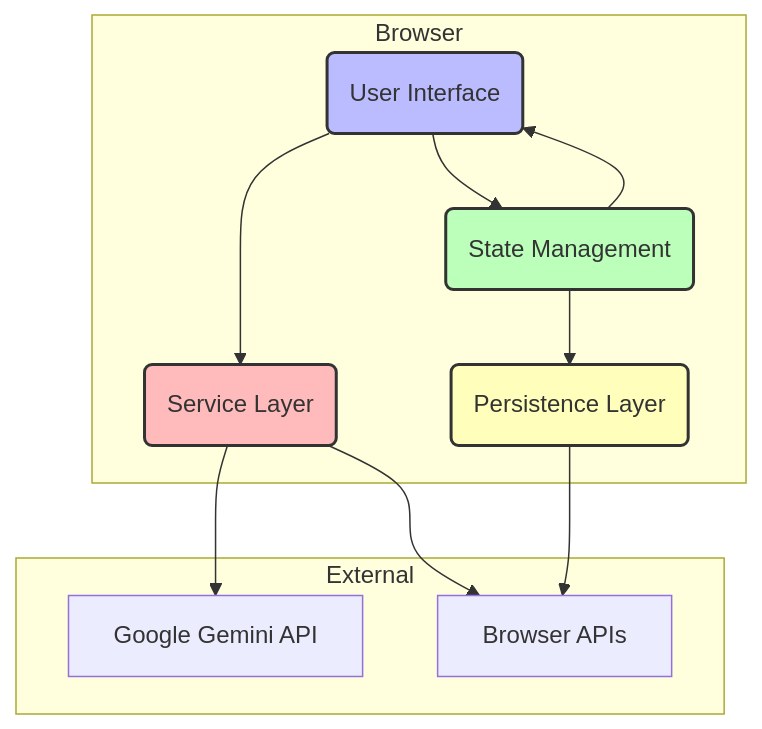
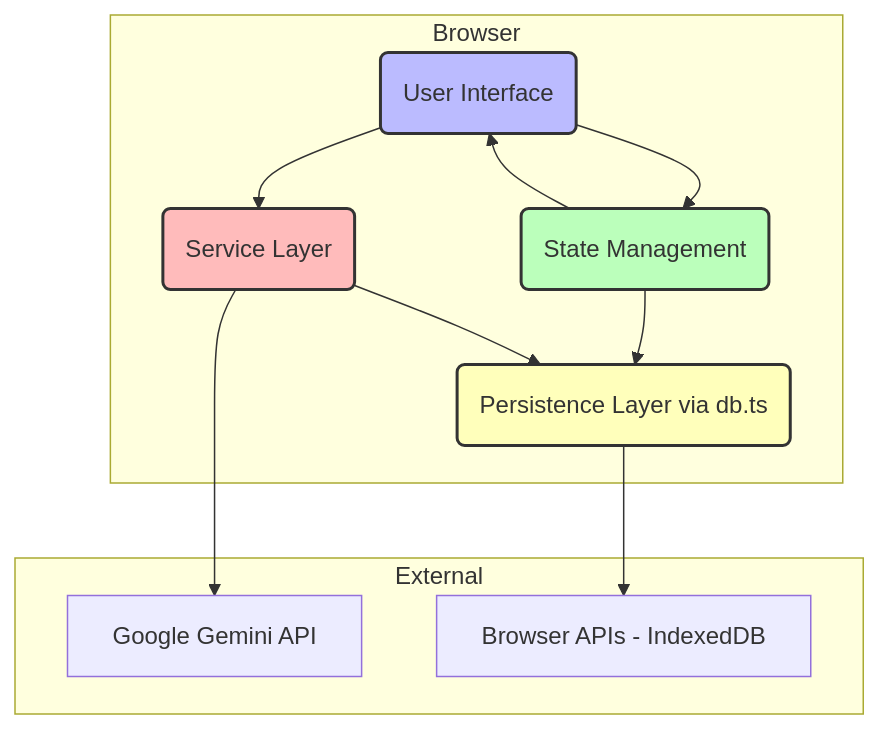
Before and after one commit to schmidtseb/japanese-reader: the first of 4 diagrams in arc42.md, drawn with Mermaid. The commit also changed other lines of this file and 16 other files, not shown here.

````diff
--- a/arc42.md
+++ b/arc42.md
@@ -110,27 +110,27 @@
 ```mermaid
 graph TD
     subgraph Browser
         UI(User Interface)
         State(State Management)
         Services(Service Layer)
-        Persistence(Persistence Layer)
+        Persistence(Persistence Layer via db.ts)
     end
 
     subgraph External
         GeminiAPI[Google Gemini API]
-        BrowserAPIs[Browser APIs]
+        BrowserAPIs[Browser APIs - IndexedDB]
     end
 
     UI --> State
     UI --> Services
     State --> UI
     State --> Persistence
     Services --> GeminiAPI
-    Services --> BrowserAPIs
+    Services --> Persistence
     Persistence --> BrowserAPIs
 
     style UI fill:#bbf,stroke:#333,stroke-width:2px
     style State fill:#bfb,stroke:#333,stroke-width:2px
     style Services fill:#fbb,stroke:#333,stroke-width:2px
     style Persistence fill:#ffb,stroke:#333,stroke-width:2px
 ```
````
